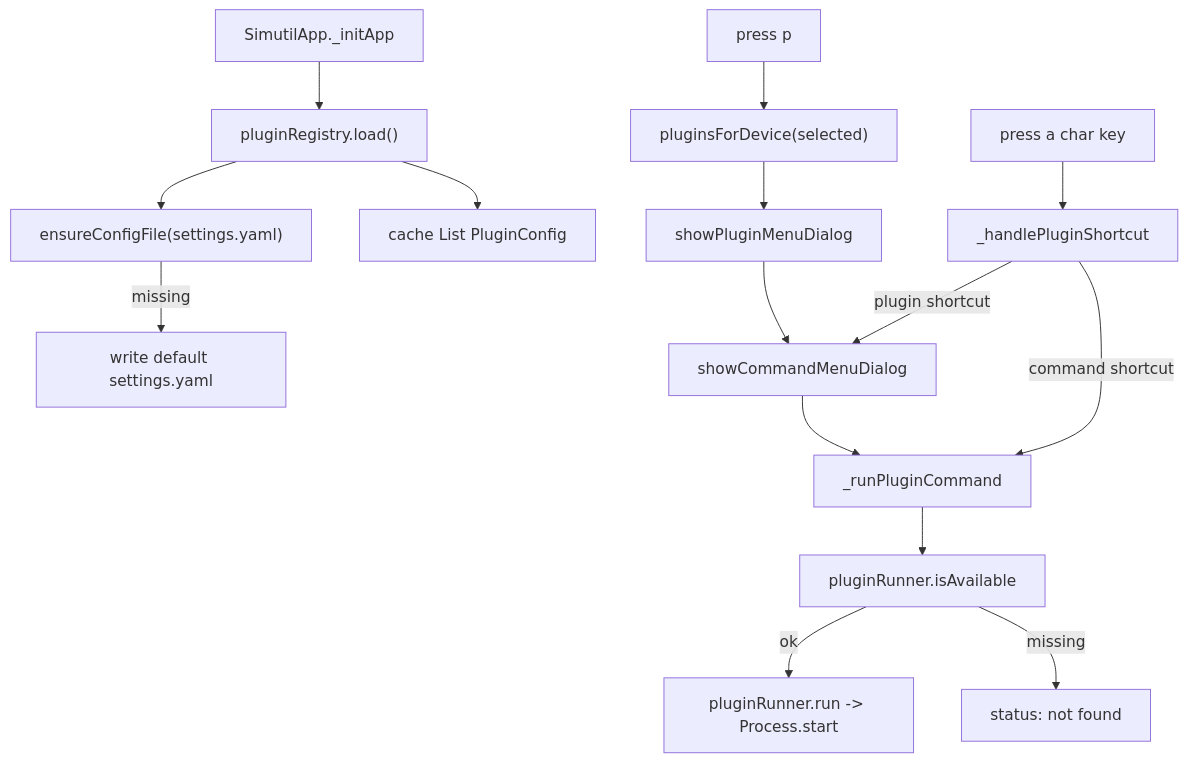
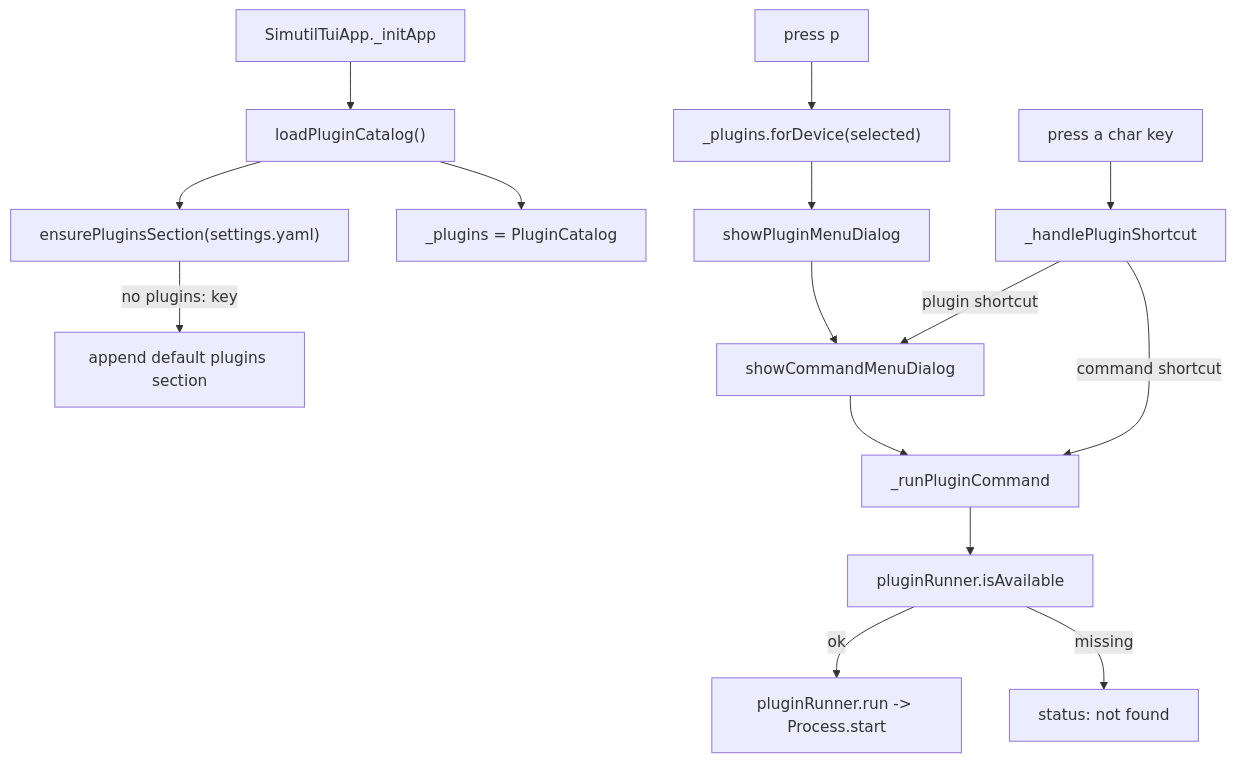
One commit to dungngminh/simutil changed the diagram in docs/ai/plugins.md. Above: the diagram before and after it, drawn with Mermaid. The commit also changed other lines of this file and 187 other files, not shown here.

````diff
--- a/docs/ai/plugins.md
+++ b/docs/ai/plugins.md
@@ -52,19 +52,19 @@
 ```mermaid
 flowchart TD
-    Init["SimutilApp._initApp"] --> Load["pluginRegistry.load()"]
-    Load --> Ensure["ensureConfigFile(settings.yaml)"]
-    Ensure -->|missing| Write["write default settings.yaml"]
-    Load --> Cache["cache List PluginConfig"]
+    Init["SimutilTuiApp._initApp"] --> Load["loadPluginCatalog()"]
+    Load --> Ensure["ensurePluginsSection(settings.yaml)"]
+    Ensure -->|no plugins: key| Write["append default plugins section"]
+    Load --> Cache["_plugins = PluginCatalog"]
 
-    P["press p"] --> ForDevice["pluginsForDevice(selected)"]
+    P["press p"] --> ForDevice["_plugins.forDevice(selected)"]
     ForDevice --> PMenu["showPluginMenuDialog"]
     PMenu --> CMenu["showCommandMenuDialog"]
     CMenu --> RunCmd["_runPluginCommand"]
     RunCmd --> Avail["pluginRunner.isAvailable"]
     Avail -->|ok| Start["pluginRunner.run -> Process.start"]
     Avail -->|missing| Status["status: not found"]
 
     Sc["press a char key"] --> ShortLookup["_handlePluginShortcut"]
     ShortLookup -->|command shortcut| RunCmd
     ShortLookup -->|plugin shortcut| CMenu
 ```
````
